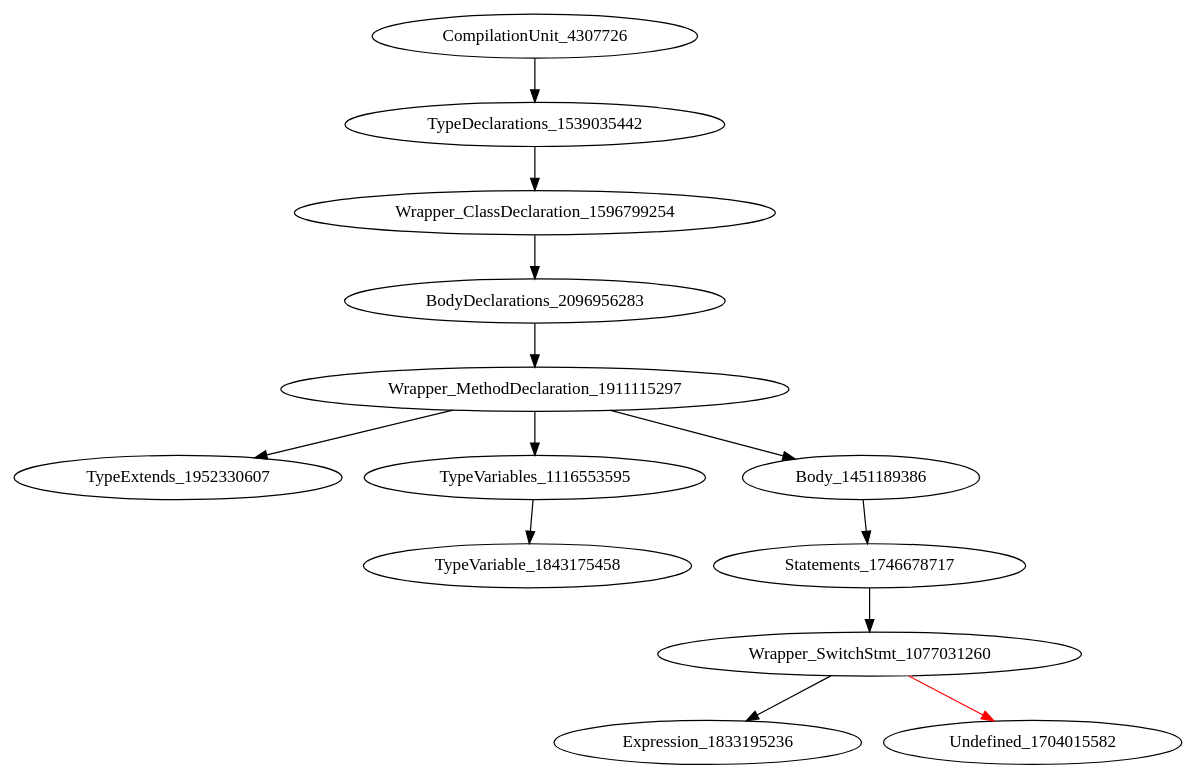
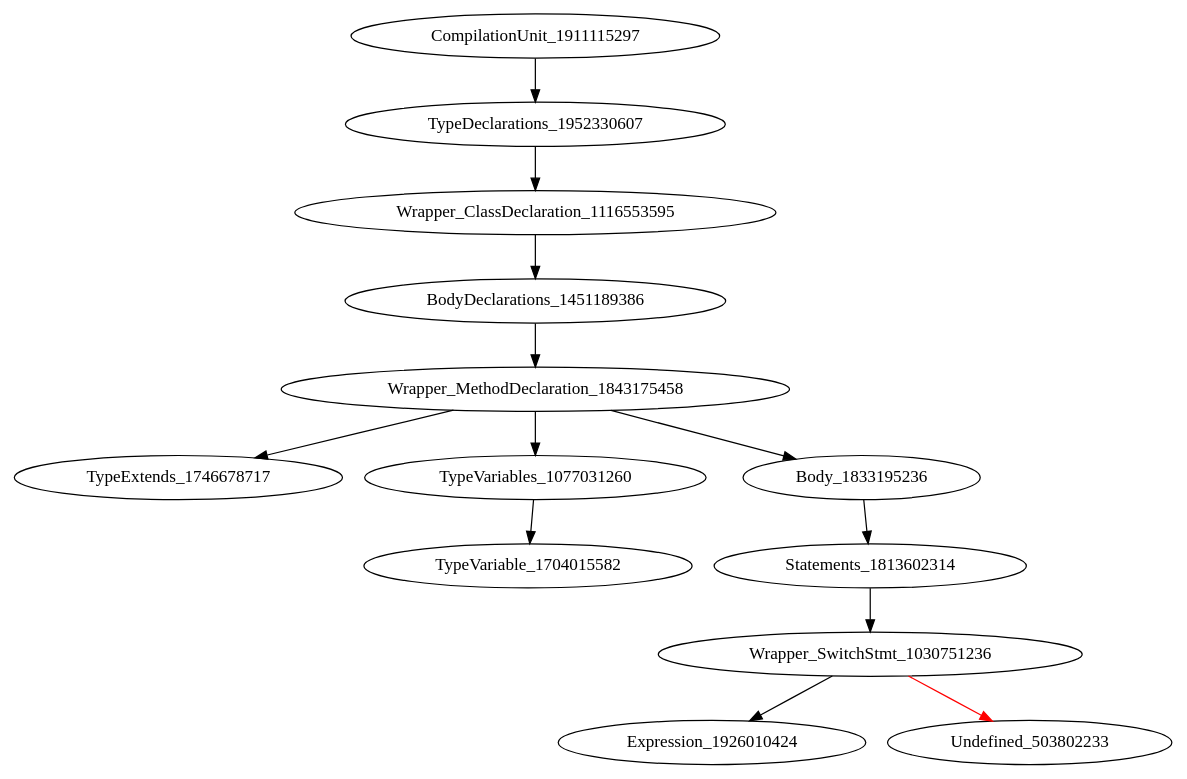
One commit to icse2023material/VoiceJava changed the diagram in holeAST.dot. Above: the diagram before and after it, drawn with Graphviz. The commit also changed 5 other files, not shown here.

```diff
--- a/holeAST.dot
+++ b/holeAST.dot
@@ -1,14 +1,14 @@
 digraph {
-CompilationUnit_4307726 -> TypeDeclarations_1539035442
-TypeDeclarations_1539035442 -> Wrapper_ClassDeclaration_1596799254
-Wrapper_ClassDeclaration_1596799254 -> BodyDeclarations_2096956283
-BodyDeclarations_2096956283 -> Wrapper_MethodDeclaration_1911115297
-Wrapper_MethodDeclaration_1911115297 -> TypeExtends_1952330607
-Wrapper_MethodDeclaration_1911115297 -> TypeVariables_1116553595
-Wrapper_MethodDeclaration_1911115297 -> Body_1451189386
-TypeVariables_1116553595 -> TypeVariable_1843175458
-Body_1451189386 -> Statements_1746678717
-Statements_1746678717 -> Wrapper_SwitchStmt_1077031260
-Wrapper_SwitchStmt_1077031260 -> Expression_1833195236
-Wrapper_SwitchStmt_1077031260 -> Undefined_1704015582 [color = red] 
+CompilationUnit_1911115297 -> TypeDeclarations_1952330607
+TypeDeclarations_1952330607 -> Wrapper_ClassDeclaration_1116553595
+Wrapper_ClassDeclaration_1116553595 -> BodyDeclarations_1451189386
+BodyDeclarations_1451189386 -> Wrapper_MethodDeclaration_1843175458
+Wrapper_MethodDeclaration_1843175458 -> TypeExtends_1746678717
+Wrapper_MethodDeclaration_1843175458 -> TypeVariables_1077031260
+Wrapper_MethodDeclaration_1843175458 -> Body_1833195236
+TypeVariables_1077031260 -> TypeVariable_1704015582
+Body_1833195236 -> Statements_1813602314
+Statements_1813602314 -> Wrapper_SwitchStmt_1030751236
+Wrapper_SwitchStmt_1030751236 -> Expression_1926010424
+Wrapper_SwitchStmt_1030751236 -> Undefined_503802233 [color = red] 
 }
```
